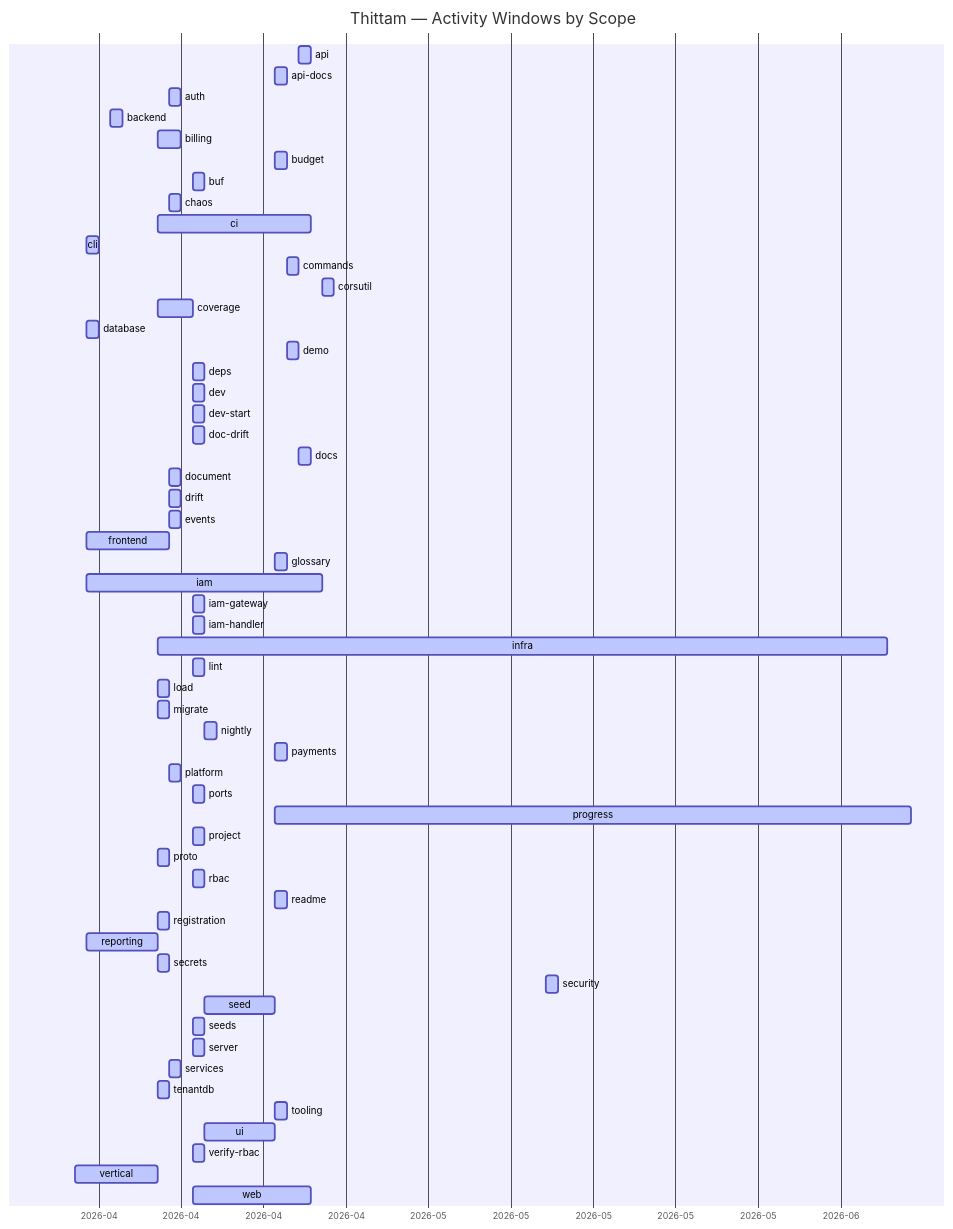
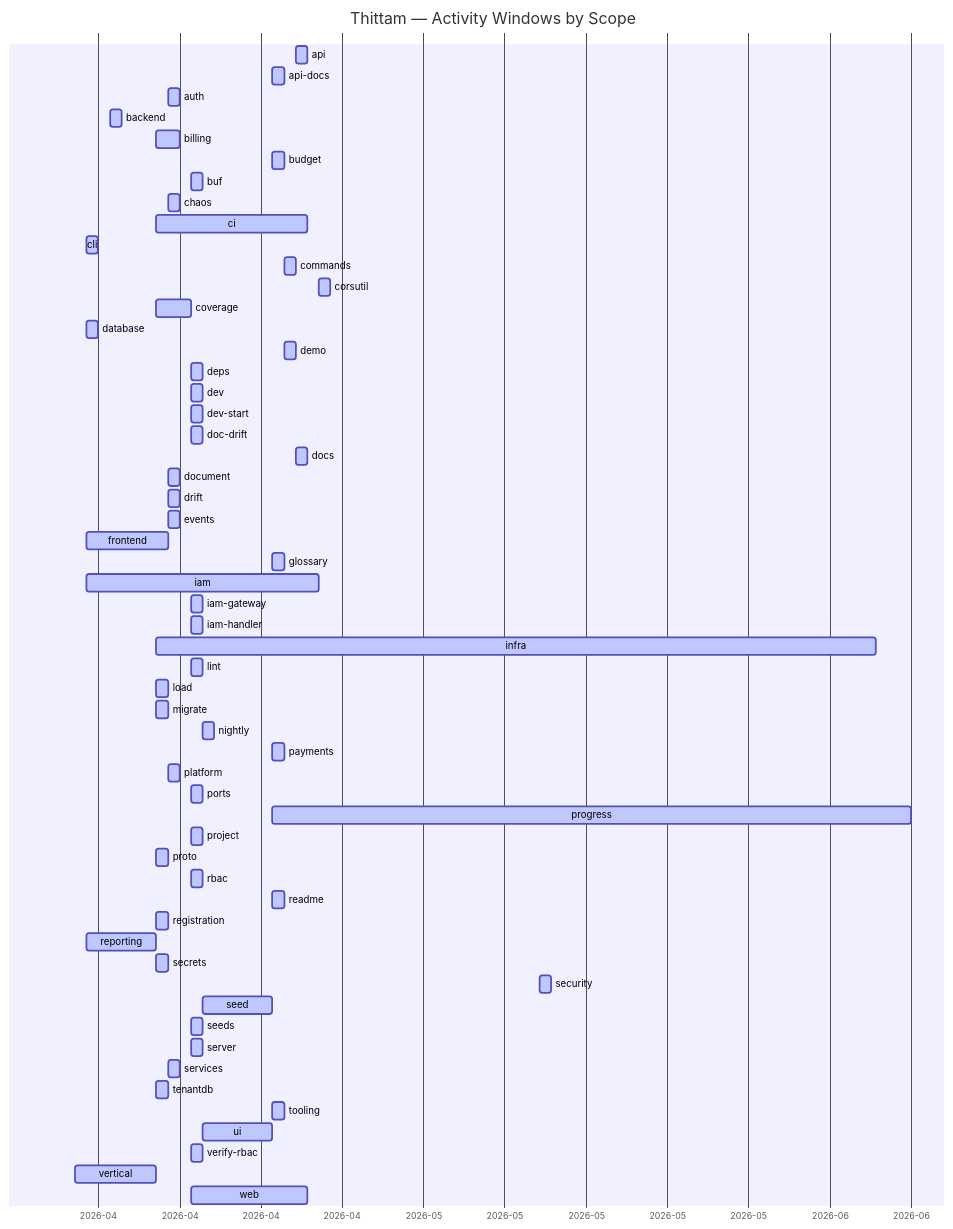
One commit to wegofwd2020-hub/thittam changed the diagram in docs/PROGRESS.md. Above: the diagram before and after it, drawn with Mermaid. The commit also changed other lines of this file and 1 other file, not shown here.

Commit message:
chore(progress): nightly update of docs/PROGRESS.md + CSVs

````diff
--- a/docs/PROGRESS.md
+++ b/docs/PROGRESS.md
@@ -9,61 +9,61 @@
 ```mermaid
 gantt
     title Thittam — Activity Windows by Scope
     dateFormat YYYY-MM-DD
     axisFormat %Y-%m
     api                :active, s_api, 2026-04-22, 2026-04-23
     api-docs           :active, s_api_docs, 2026-04-20, 2026-04-21
     auth               :active, s_auth, 2026-04-11, 2026-04-12
     backend            :active, s_backend, 2026-04-06, 2026-04-07
     billing            :active, s_billing, 2026-04-10, 2026-04-12
     budget             :active, s_budget, 2026-04-20, 2026-04-21
     buf                :active, s_buf, 2026-04-13, 2026-04-14
     chaos              :active, s_chaos, 2026-04-11, 2026-04-12
     ci                 :active, s_ci, 2026-04-10, 2026-04-23
     cli                :active, s_cli, 2026-04-04, 2026-04-05
     commands           :active, s_commands, 2026-04-21, 2026-04-22
     corsutil           :active, s_corsutil, 2026-04-24, 2026-04-25
     coverage           :active, s_coverage, 2026-04-10, 2026-04-13
     database           :active, s_database, 2026-04-04, 2026-04-05
     demo               :active, s_demo, 2026-04-21, 2026-04-22
     deps               :active, s_deps, 2026-04-13, 2026-04-14
     dev                :active, s_dev, 2026-04-13, 2026-04-14
     dev-start          :active, s_dev_start, 2026-04-13, 2026-04-14
     doc-drift          :active, s_doc_drift, 2026-04-13, 2026-04-14
     docs               :active, s_docs, 2026-04-22, 2026-04-23
     document           :active, s_document, 2026-04-11, 2026-04-12
     drift              :active, s_drift, 2026-04-11, 2026-04-12
     events             :active, s_events, 2026-04-11, 2026-04-12
     frontend           :active, s_frontend, 2026-04-04, 2026-04-11
     glossary           :active, s_glossary, 2026-04-20, 2026-04-21
     iam                :active, s_iam, 2026-04-04, 2026-04-24
     iam-gateway        :active, s_iam_gateway, 2026-04-13, 2026-04-14
     iam-handler        :active, s_iam_handler, 2026-04-13, 2026-04-14
     infra              :active, s_infra, 2026-04-10, 2026-06-11
     lint               :active, s_lint, 2026-04-13, 2026-04-14
     load               :active, s_load, 2026-04-10, 2026-04-11
     migrate            :active, s_migrate, 2026-04-10, 2026-04-11
     nightly            :active, s_nightly, 2026-04-14, 2026-04-15
     payments           :active, s_payments, 2026-04-20, 2026-04-21
     platform           :active, s_platform, 2026-04-11, 2026-04-12
     ports              :active, s_ports, 2026-04-13, 2026-04-14
-    progress           :active, s_progress, 2026-04-20, 2026-06-13
+    progress           :active, s_progress, 2026-04-20, 2026-06-14
     project            :active, s_project, 2026-04-13, 2026-04-14
     proto              :active, s_proto, 2026-04-10, 2026-04-11
     rbac               :active, s_rbac, 2026-04-13, 2026-04-14
     readme             :active, s_readme, 2026-04-20, 2026-04-21
     registration       :active, s_registration, 2026-04-10, 2026-04-11
     reporting          :active, s_reporting, 2026-04-04, 2026-04-10
     secrets            :active, s_secrets, 2026-04-10, 2026-04-11
     security           :active, s_security, 2026-05-13, 2026-05-14
     seed               :active, s_seed, 2026-04-14, 2026-04-20
     seeds              :active, s_seeds, 2026-04-13, 2026-04-14
     server             :active, s_server, 2026-04-13, 2026-04-14
     services           :active, s_services, 2026-04-11, 2026-04-12
     tenantdb           :active, s_tenantdb, 2026-04-10, 2026-04-11
     tooling            :active, s_tooling, 2026-04-20, 2026-04-21
     ui                 :active, s_ui, 2026-04-14, 2026-04-20
     verify-rbac        :active, s_verify_rbac, 2026-04-13, 2026-04-14
     vertical           :active, s_vertical, 2026-04-03, 2026-04-10
     web                :active, s_web, 2026-04-13, 2026-04-23
 ```
````
